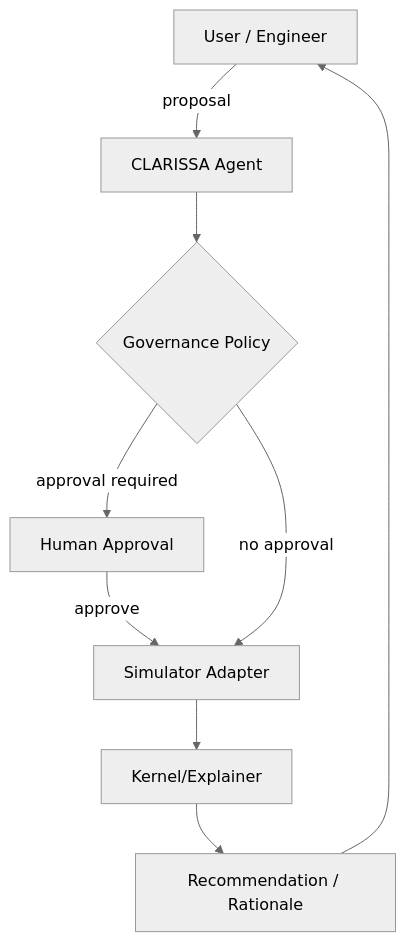
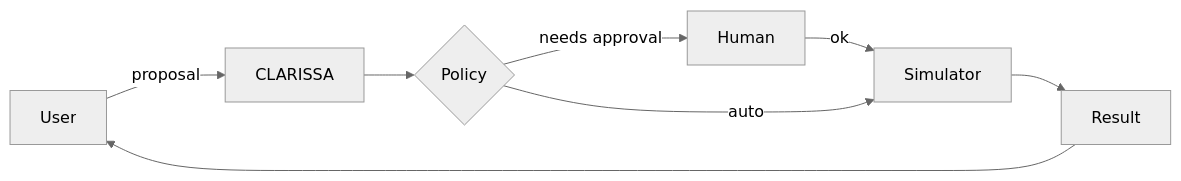
The diagram in docs/architecture/diagrams/agent_flow.mmd (wolfram-laube/clarissa), drawn with Mermaid (neutral theme) before and after one commit.

Commit message:
fix(docs): make agent_flow diagram more compact (LR layout)

```diff
--- a/docs/architecture/diagrams/agent_flow.mmd
+++ b/docs/architecture/diagrams/agent_flow.mmd
@@ -1,9 +1,8 @@
-flowchart TD
-  U[User / Engineer] -->|proposal| A[CLARISSA Agent]
-  A --> G{Governance Policy}
-  G -->|approval required| H[Human Approval]
-  H -->|approve| S[Simulator Adapter]
-  G -->|no approval| S
-  S --> K[Kernel/Explainer]
-  K --> R[Recommendation / Rationale]
+flowchart LR
+  U[User] -->|proposal| A[CLARISSA]
+  A --> G{Policy}
+  G -->|needs approval| H[Human]
+  H -->|ok| S[Simulator]
+  G -->|auto| S
+  S --> R[Result]
   R --> U
```
